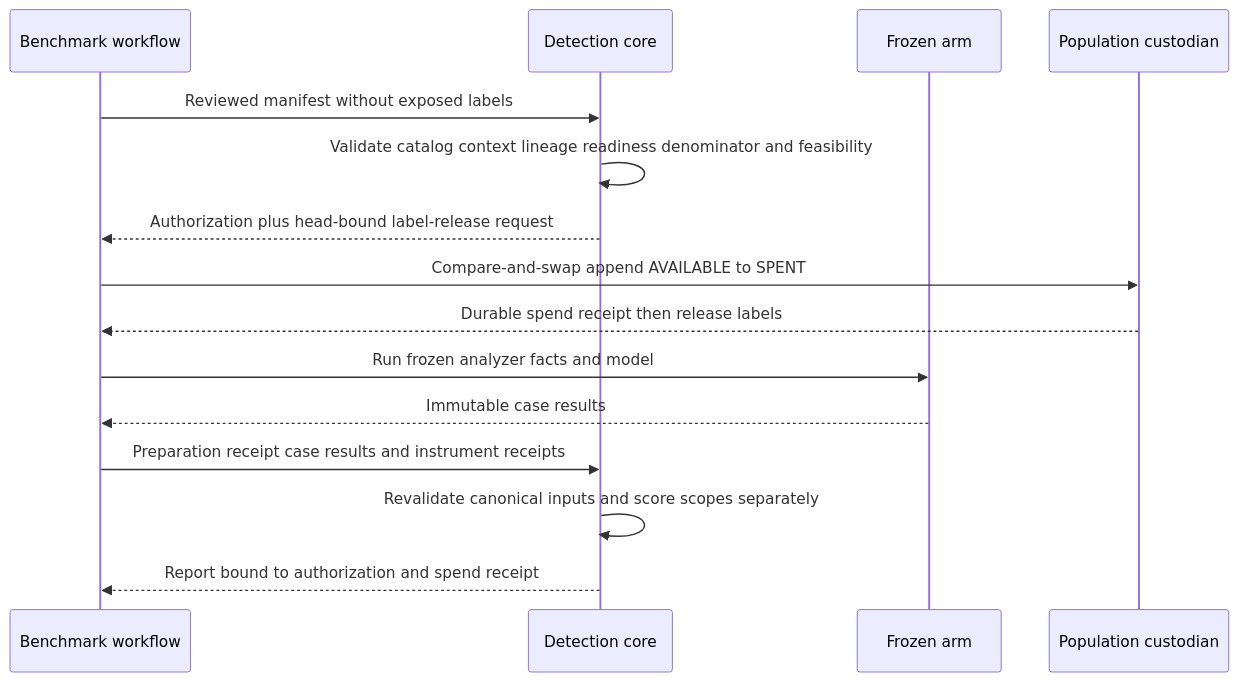
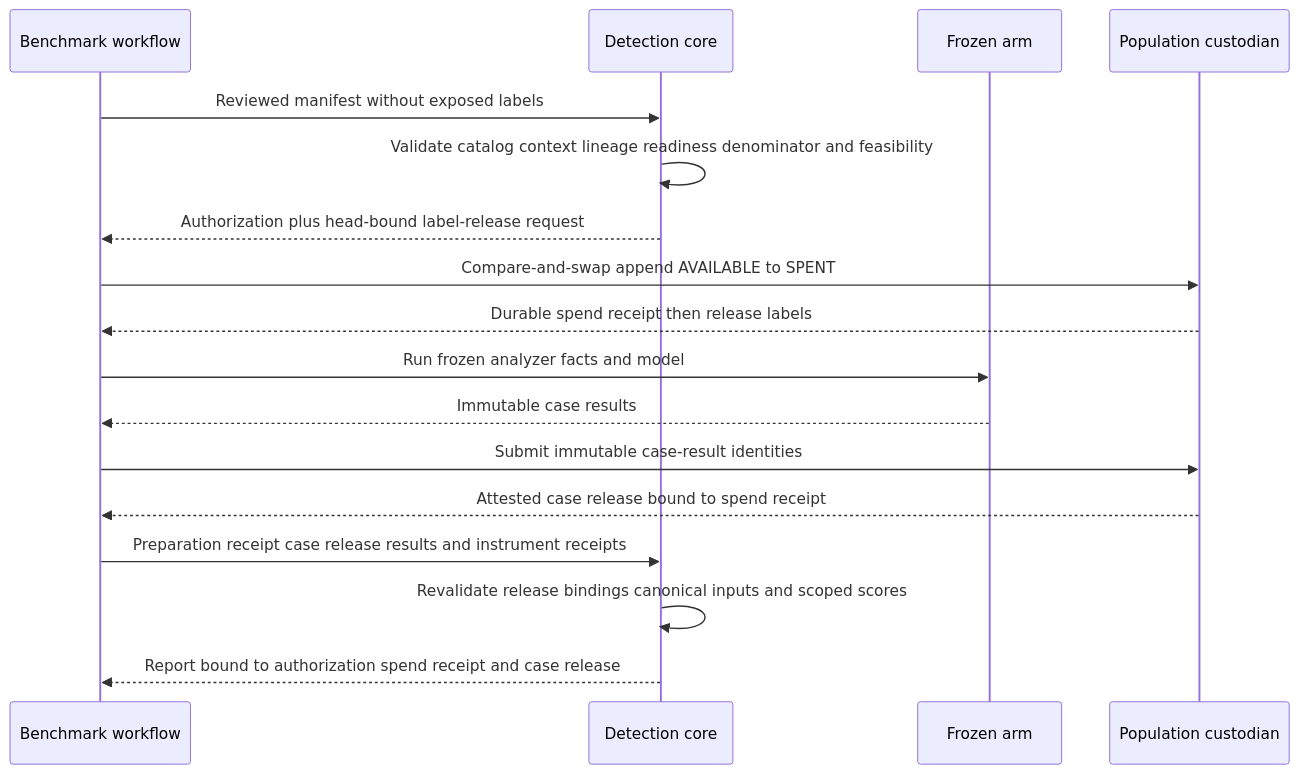
One commit to norandom/OpenUltraSAST changed the fourth of 5 diagrams in .kiro/specs/detection-core/design.md. Above: the diagram before and after it, drawn with Mermaid. The commit also changed other lines of this file and 3 other files, not shown here.

Commit message:
docs(detection-core): authenticate post-spend case release

````diff
--- a/.kiro/specs/detection-core/design.md
+++ b/.kiro/specs/detection-core/design.md
@@ -363,18 +365,20 @@
 ```mermaid
 sequenceDiagram
     participant Benchmark as Benchmark workflow
     participant Core as Detection core
     participant Arm as Frozen arm
     participant Custodian as Population custodian
 
     Benchmark->>Core: Reviewed manifest without exposed labels
     Core->>Core: Validate catalog context lineage readiness denominator and feasibility
     Core-->>Benchmark: Authorization plus head-bound label-release request
     Benchmark->>Custodian: Compare-and-swap append AVAILABLE to SPENT
     Custodian-->>Benchmark: Durable spend receipt then release labels
     Benchmark->>Arm: Run frozen analyzer facts and model
     Arm-->>Benchmark: Immutable case results
-    Benchmark->>Core: Preparation receipt case results and instrument receipts
-    Core->>Core: Revalidate canonical inputs and score scopes separately
-    Core-->>Benchmark: Report bound to authorization and spend receipt
+    Benchmark->>Custodian: Submit immutable case-result identities
+    Custodian-->>Benchmark: Attested case release bound to spend receipt
+    Benchmark->>Core: Preparation receipt case release results and instrument receipts
+    Core->>Core: Revalidate release bindings canonical inputs and scoped scores
+    Core-->>Benchmark: Report bound to authorization spend receipt and case release
 ```
````
